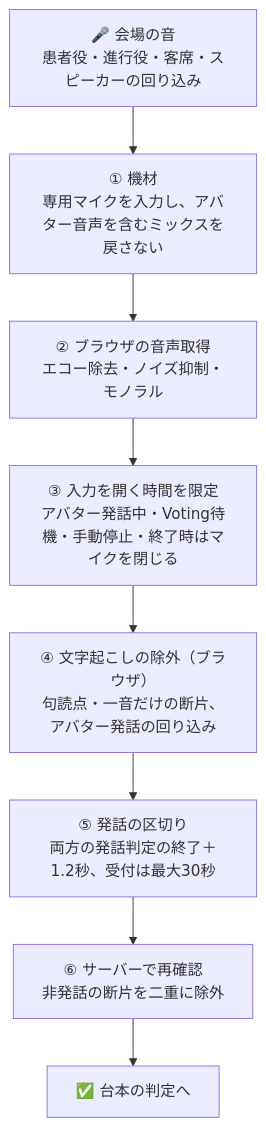
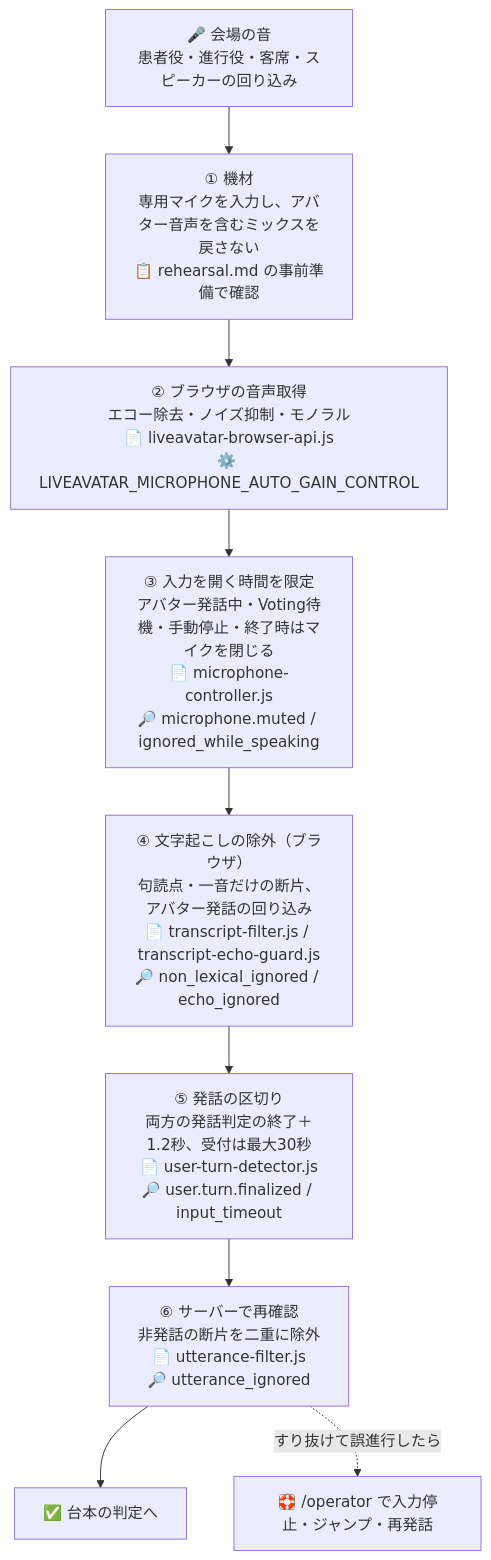
Before and after one commit to Kohei-Arita/yamamoto-avatar-scenario: the second of 3 diagrams in README.md, drawn with Mermaid. The commit also changed other lines of this file and 2 other files, not shown here.

````diff
--- a/README.md
+++ b/README.md
@@ -138,11 +145,12 @@
 ```mermaid
 flowchart TD
   M["🎤 会場の音<br/>患者役・進行役・客席・スピーカーの回り込み"]
-  M --> L1["① 機材<br/>専用マイクを入力し、アバター音声を含むミックスを戻さない"]
-  L1 --> L2["② ブラウザの音声取得<br/>エコー除去・ノイズ抑制・モノラル"]
-  L2 --> L3["③ 入力を開く時間を限定<br/>アバター発話中・Voting待機・手動停止・終了時はマイクを閉じる"]
-  L3 --> L4["④ 文字起こしの除外（ブラウザ）<br/>句読点・一音だけの断片、アバター発話の回り込み"]
-  L4 --> L5["⑤ 発話の区切り<br/>両方の発話判定の終了＋1.2秒、受付は最大30秒"]
-  L5 --> L6["⑥ サーバーで再確認<br/>非発話の断片を二重に除外"]
+  M --> L1["① 機材<br/>専用マイクを入力し、アバター音声を含むミックスを戻さない<br/>📋 rehearsal.md の事前準備で確認"]
+  L1 --> L2["② ブラウザの音声取得<br/>エコー除去・ノイズ抑制・モノラル<br/>📄 liveavatar-browser-api.js<br/>⚙️ LIVEAVATAR_MICROPHONE_AUTO_GAIN_CONTROL"]
+  L2 --> L3["③ 入力を開く時間を限定<br/>アバター発話中・Voting待機・手動停止・終了時はマイクを閉じる<br/>📄 microphone-controller.js<br/>🔎 microphone.muted / ignored_while_speaking"]
+  L3 --> L4["④ 文字起こしの除外（ブラウザ）<br/>句読点・一音だけの断片、アバター発話の回り込み<br/>📄 transcript-filter.js / transcript-echo-guard.js<br/>🔎 non_lexical_ignored / echo_ignored"]
+  L4 --> L5["⑤ 発話の区切り<br/>両方の発話判定の終了＋1.2秒、受付は最大30秒<br/>📄 user-turn-detector.js<br/>🔎 user.turn.finalized / input_timeout"]
+  L5 --> L6["⑥ サーバーで再確認<br/>非発話の断片を二重に除外<br/>📄 utterance-filter.js<br/>🔎 utterance_ignored"]
   L6 --> OK["✅ 台本の判定へ"]
+  L6 -. すり抜けて誤進行したら .-> OPS["🛟 /operator で入力停止・ジャンプ・再発話"]
 ```
````
